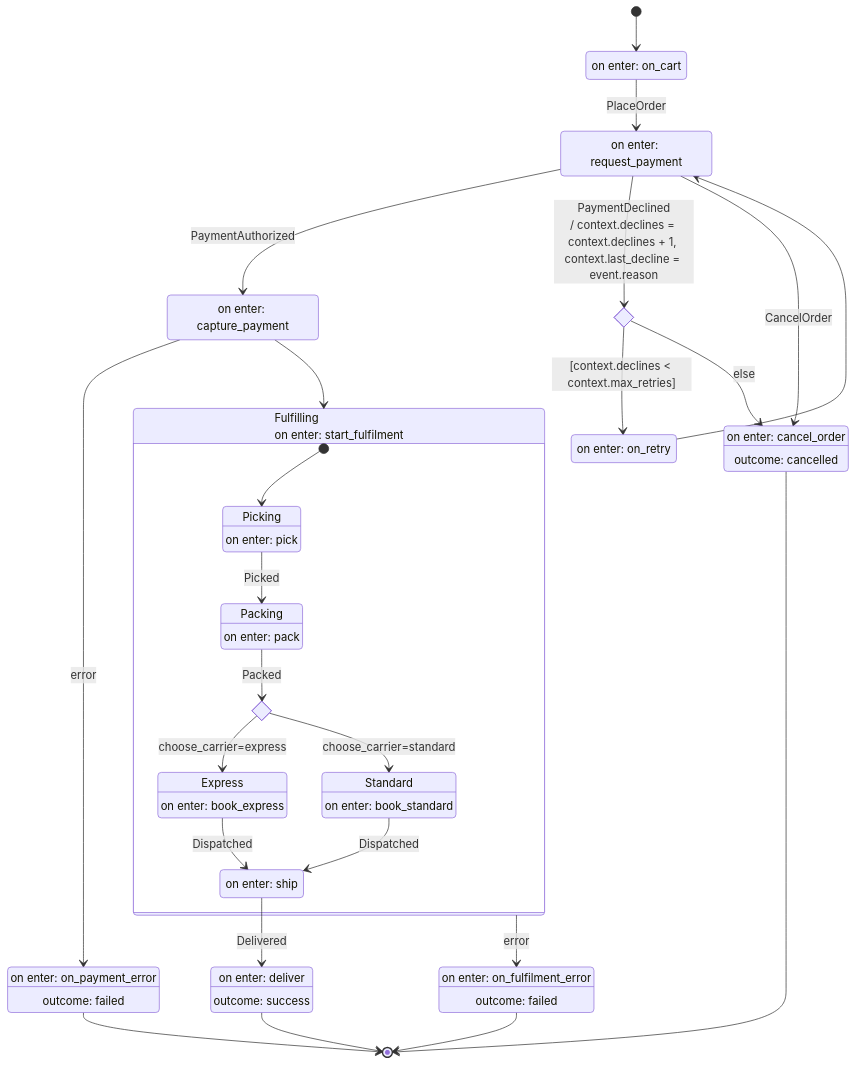
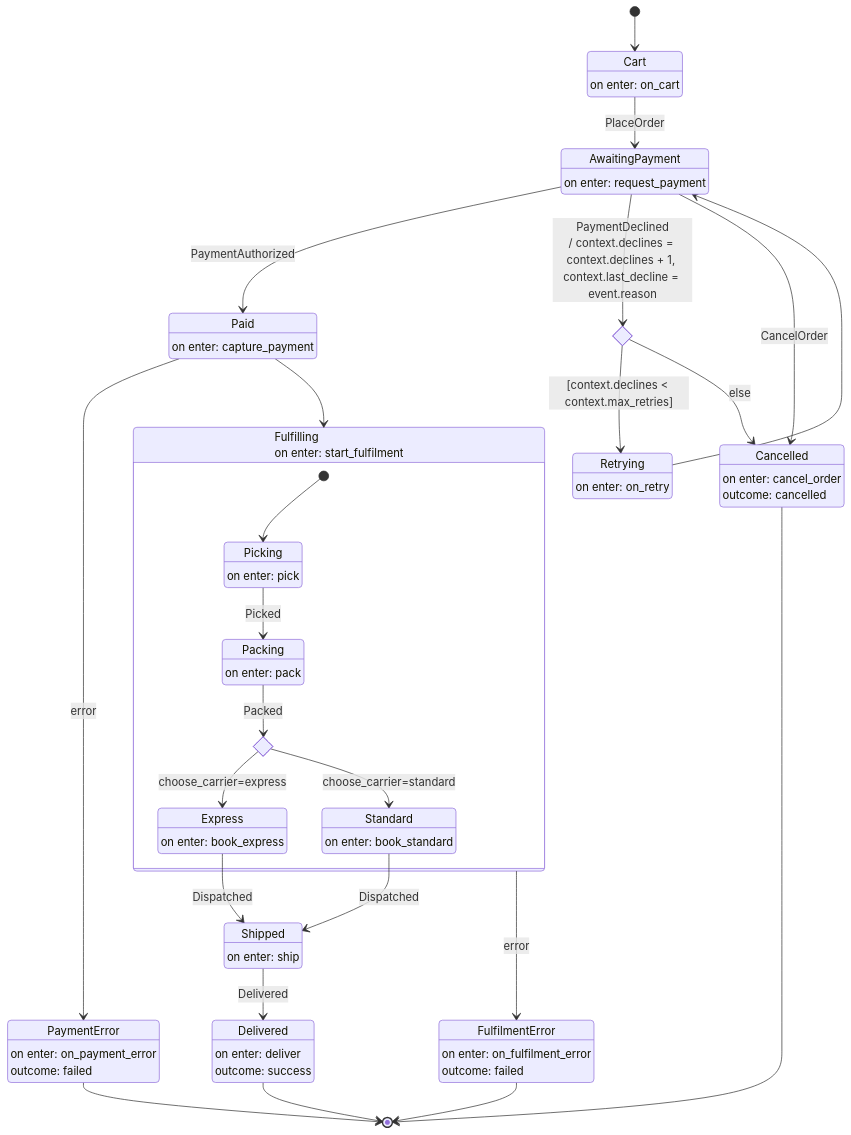
Before and after one commit to acasadom/harel: the first of 2 diagrams in docs/examples/place_order.md, drawn with Mermaid. The commit also changed 9 other files, not shown here.

````diff
--- a/docs/examples/place_order.md
+++ b/docs/examples/place_order.md
@@ -27,51 +27,60 @@
 ```{mermaid}
 stateDiagram-v2
 [*] --> Cart
+state "Cart" as Cart
 Cart : on enter#58; on_cart
+state "AwaitingPayment" as AwaitingPayment
 AwaitingPayment : on enter#58; request_payment
+state "Retrying" as Retrying
 Retrying : on enter#58; on_retry
+state "Paid" as Paid
 Paid : on enter#58; capture_payment
 state "Fulfilling<br/>on enter: start_fulfilment" as Fulfilling {
   [*] --> Fulfilling_Picking
   state "Picking" as Fulfilling_Picking
   Fulfilling_Picking : on enter#58; pick
   state "Packing" as Fulfilling_Packing
   Fulfilling_Packing : on enter#58; pack
   state "Express" as Fulfilling_Express
   Fulfilling_Express : on enter#58; book_express
   state "Standard" as Fulfilling_Standard
   Fulfilling_Standard : on enter#58; book_standard
   Fulfilling_Picking --> Fulfilling_Packing : Picked
   state Fulfilling_Packing__choose_carrier <<choice>>
   Fulfilling_Packing --> Fulfilling_Packing__choose_carrier : Packed
   Fulfilling_Packing__choose_carrier --> Fulfilling_Express : choose_carrier=express
   Fulfilling_Packing__choose_carrier --> Fulfilling_Standard : choose_carrier=standard
-  Fulfilling_Express --> Shipped : Dispatched
-  Fulfilling_Standard --> Shipped : Dispatched
 }
+state "Shipped" as Shipped
 Shipped : on enter#58; ship
+state "Delivered" as Delivered
 Delivered : on enter#58; deliver
 Delivered : outcome#58; success
+state "Cancelled" as Cancelled
 Cancelled : on enter#58; cancel_order
 Cancelled : outcome#58; cancelled
+state "PaymentError" as PaymentError
 PaymentError : on enter#58; on_payment_error
 PaymentError : outcome#58; failed
+state "FulfilmentError" as FulfilmentError
 FulfilmentError : on enter#58; on_fulfilment_error
 FulfilmentError : outcome#58; failed
 Cart --> AwaitingPayment : PlaceOrder
 AwaitingPayment --> Paid : PaymentAuthorized
 state AwaitingPayment__choose <<choice>>
 AwaitingPayment --> AwaitingPayment__choose : PaymentDeclined<br/>/ context.declines = context.declines + 1, context.last_decline = event.reason
 AwaitingPayment__choose --> Retrying : [context.declines < context.max_retries]
 AwaitingPayment__choose --> Cancelled : else
 AwaitingPayment --> Cancelled : CancelOrder
 Retrying --> AwaitingPayment
 Paid --> Fulfilling
 Paid --> PaymentError : error
 Fulfilling --> FulfilmentError : error
 Shipped --> Delivered : Delivered
 Delivered --> [*]
 Cancelled --> [*]
 PaymentError --> [*]
 FulfilmentError --> [*]
+Fulfilling_Express --> Shipped : Dispatched
+Fulfilling_Standard --> Shipped : Dispatched
 ```
````
